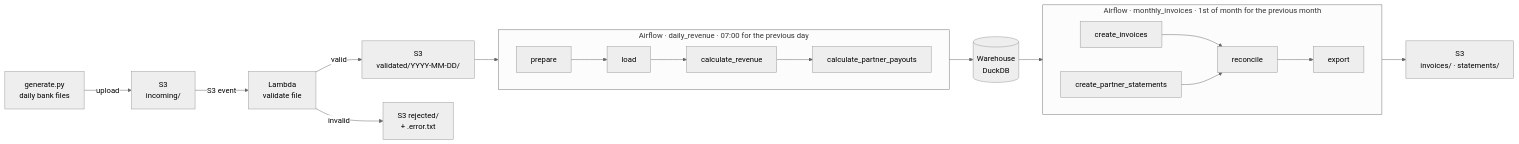
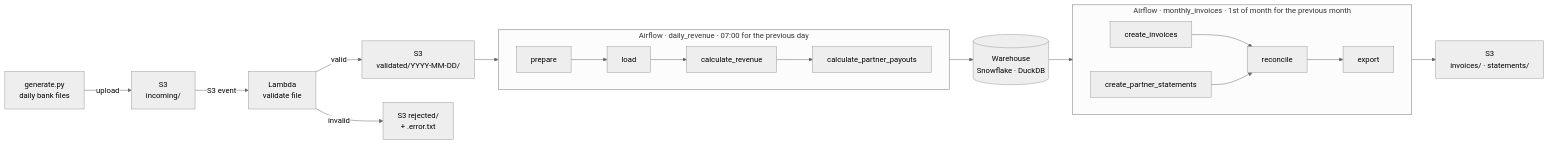
Before and after one commit to shamakkkkkk/bank-billing-pipeline: the diagram in README.md, drawn with Mermaid (neutral theme). The commit also changed other lines of this file and 4 other files, not shown here.

````diff
--- a/README.md
+++ b/README.md
@@ -33,31 +33,31 @@
 ```mermaid
 flowchart LR
     G["generate.py<br/>daily bank files"]
     IN["S3<br/>incoming/"]
     L["Lambda<br/>validate file"]
     V["S3<br/>validated/YYYY-MM-DD/"]
     R["S3 rejected/<br/>+ .error.txt"]
-    W[("Warehouse<br/>DuckDB")]
+    W[("Warehouse<br/>Snowflake · DuckDB")]
     OUT["S3<br/>invoices/ · statements/"]
 
     subgraph D["Airflow · daily_revenue · 07:00 for the previous day"]
         direction LR
         d0[prepare] --> d1[load] --> d2[calculate_revenue] --> d3[calculate_partner_payouts]
     end
 
     subgraph M["Airflow · monthly_invoices · 1st of month for the previous month"]
         direction LR
         m1[create_invoices] --> m3[reconcile]
         m2[create_partner_statements] --> m3
         m3 --> m4[export]
     end
 
     G -->|upload| IN
     IN -->|S3 event| L
     L -->|valid| V
     L -->|invalid| R
     V --> D
     D --> W
     W --> M
     M --> OUT
 ```
````
